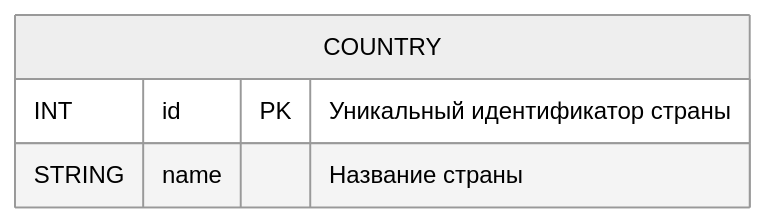
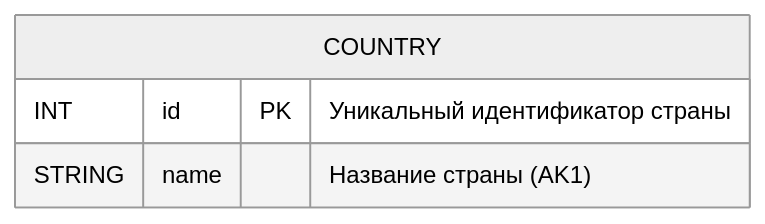
One commit to go-park-mail-ru/2024_1_Cyberkotletki changed the second of 21 diagrams in db/normalized/relations.md. Above: the diagram before and after it, drawn with Mermaid (neutral theme). The commit also changed other lines of this file and 2 other files, not shown here.

````diff
--- a/db/normalized/relations.md
+++ b/db/normalized/relations.md
@@ -42,7 +43,7 @@
 ```mermaid
 erDiagram
     COUNTRY {
         INT id PK "Уникальный идентификатор страны"
-        STRING name "Название страны"
+        STRING name "Название страны (AK1)"
     }
 ```
````
